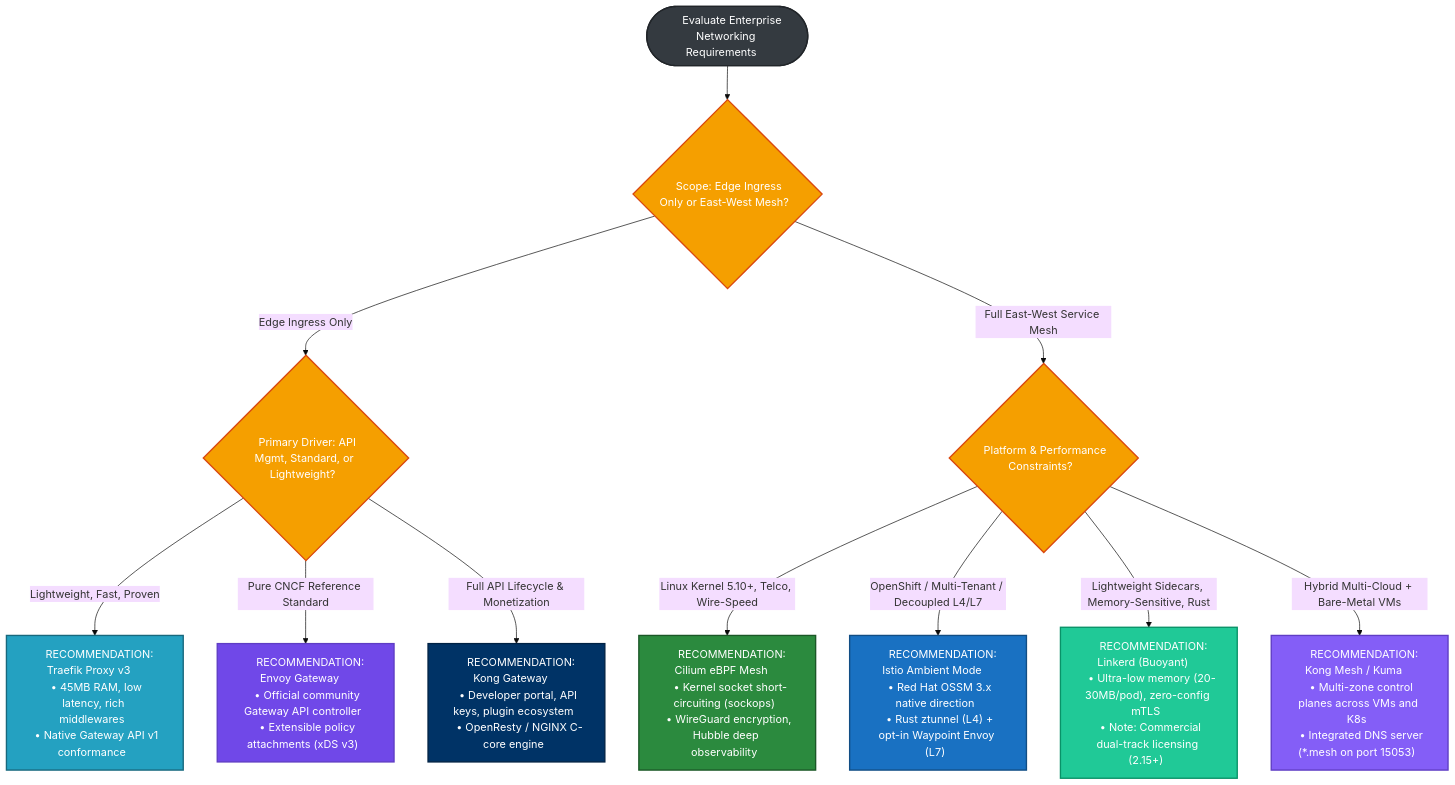
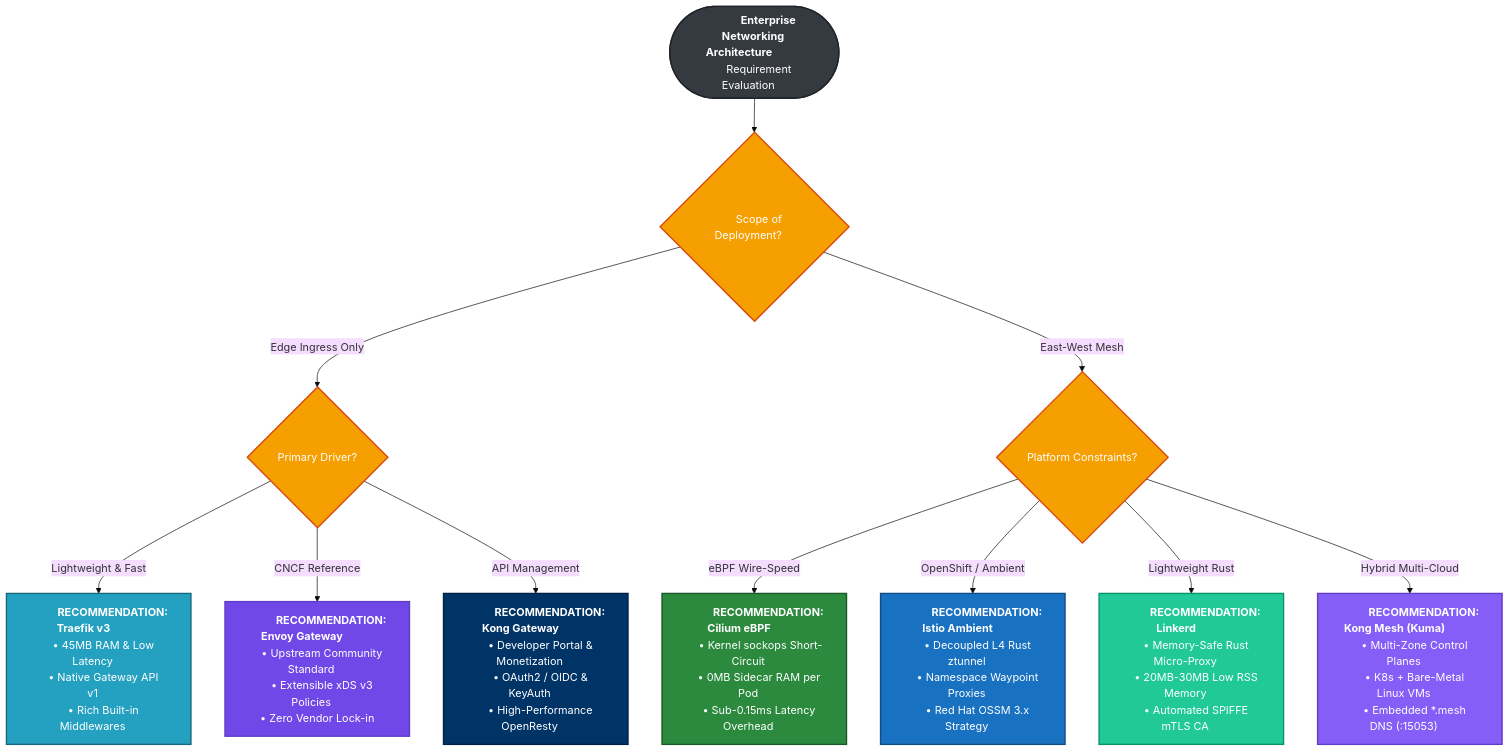
One commit to nubenetes/cloudnative-ingress-mesh-lab changed the eighth of 8 diagrams in README.md. Above: the diagram before and after it, drawn with Mermaid (base theme). The commit also changed other lines of this file, not shown here.

Commit message:
fix(readme): enlarge boxes and break text lines across diagrams to prevent text truncation

````diff
--- a/README.md
+++ b/README.md
@@ -616,35 +627,35 @@
 ```mermaid
 flowchart TD
-    Start(["&nbsp;&nbsp;&nbsp;&nbsp;Evaluate Enterprise Networking Requirements&nbsp;&nbsp;&nbsp;&nbsp;"]) --> Q1{"&nbsp;&nbsp;Scope: Edge Ingress Only or East-West Mesh?&nbsp;&nbsp;"}
+    Start(["&nbsp;&nbsp;&nbsp;&nbsp;&nbsp;&nbsp;&nbsp;&nbsp;&nbsp;&nbsp;<b>Enterprise Networking Architecture</b>&nbsp;&nbsp;&nbsp;&nbsp;&nbsp;&nbsp;&nbsp;&nbsp;&nbsp;&nbsp;<br/>&nbsp;&nbsp;&nbsp;&nbsp;Requirement Evaluation&nbsp;&nbsp;&nbsp;&nbsp;"]) --> Q1{"&nbsp;&nbsp;&nbsp;&nbsp;Scope of Deployment?&nbsp;&nbsp;&nbsp;&nbsp;"}
     
-    Q1 -->|"Edge Ingress Only"| QEdge{"&nbsp;&nbsp;Primary Driver: API Mgmt, Standard, or Lightweight?&nbsp;&nbsp;"}
-    QEdge -->|"Lightweight, Fast, Proven"| RecTraefik["&nbsp;&nbsp;&nbsp;&nbsp;RECOMMENDATION: Traefik Proxy v3&nbsp;&nbsp;&nbsp;&nbsp;<br/>&nbsp;&nbsp;• 45MB RAM, low latency, rich middlewares&nbsp;&nbsp;<br/>&nbsp;&nbsp;• Native Gateway API v1 conformance&nbsp;&nbsp;"]
-    QEdge -->|"Pure CNCF Reference Standard"| RecEG["&nbsp;&nbsp;&nbsp;&nbsp;RECOMMENDATION: Envoy Gateway&nbsp;&nbsp;&nbsp;&nbsp;<br/>&nbsp;&nbsp;• Official community Gateway API controller&nbsp;&nbsp;<br/>&nbsp;&nbsp;• Extensible policy attachments (xDS v3)&nbsp;&nbsp;"]
-    QEdge -->|"Full API Lifecycle & Monetization"| RecKong["&nbsp;&nbsp;&nbsp;&nbsp;RECOMMENDATION: Kong Gateway&nbsp;&nbsp;&nbsp;&nbsp;<br/>&nbsp;&nbsp;• Developer portal, API keys, plugin ecosystem&nbsp;&nbsp;<br/>&nbsp;&nbsp;• OpenResty / NGINX C-core engine&nbsp;&nbsp;"]
+    Q1 -->|"Edge Ingress Only"| QEdge{"&nbsp;&nbsp;&nbsp;&nbsp;Primary Driver?&nbsp;&nbsp;&nbsp;&nbsp;"}
+    QEdge -->|"Lightweight & Fast"| RecTraefik["&nbsp;&nbsp;&nbsp;&nbsp;&nbsp;&nbsp;&nbsp;&nbsp;&nbsp;&nbsp;<b>RECOMMENDATION: Traefik v3</b>&nbsp;&nbsp;&nbsp;&nbsp;&nbsp;&nbsp;&nbsp;&nbsp;&nbsp;&nbsp;<br/>&nbsp;&nbsp;&nbsp;&nbsp;• 45MB RAM & Low Latency&nbsp;&nbsp;&nbsp;&nbsp;<br/>&nbsp;&nbsp;&nbsp;&nbsp;• Native Gateway API v1&nbsp;&nbsp;&nbsp;&nbsp;<br/>&nbsp;&nbsp;&nbsp;&nbsp;• Rich Built-in Middlewares&nbsp;&nbsp;&nbsp;&nbsp;"]
+    QEdge -->|"CNCF Reference"| RecEG["&nbsp;&nbsp;&nbsp;&nbsp;&nbsp;&nbsp;&nbsp;&nbsp;&nbsp;&nbsp;<b>RECOMMENDATION: Envoy Gateway</b>&nbsp;&nbsp;&nbsp;&nbsp;&nbsp;&nbsp;&nbsp;&nbsp;&nbsp;&nbsp;<br/>&nbsp;&nbsp;&nbsp;&nbsp;• Upstream Community Standard&nbsp;&nbsp;&nbsp;&nbsp;<br/>&nbsp;&nbsp;&nbsp;&nbsp;• Extensible xDS v3 Policies&nbsp;&nbsp;&nbsp;&nbsp;<br/>&nbsp;&nbsp;&nbsp;&nbsp;• Zero Vendor Lock-in&nbsp;&nbsp;&nbsp;&nbsp;"]
+    QEdge -->|"API Management"| RecKong["&nbsp;&nbsp;&nbsp;&nbsp;&nbsp;&nbsp;&nbsp;&nbsp;&nbsp;&nbsp;<b>RECOMMENDATION: Kong Gateway</b>&nbsp;&nbsp;&nbsp;&nbsp;&nbsp;&nbsp;&nbsp;&nbsp;&nbsp;&nbsp;<br/>&nbsp;&nbsp;&nbsp;&nbsp;• Developer Portal & Monetization&nbsp;&nbsp;&nbsp;&nbsp;<br/>&nbsp;&nbsp;&nbsp;&nbsp;• OAuth2 / OIDC & KeyAuth&nbsp;&nbsp;&nbsp;&nbsp;<br/>&nbsp;&nbsp;&nbsp;&nbsp;• High-Performance OpenResty&nbsp;&nbsp;&nbsp;&nbsp;"]
     
-    Q1 -->|"Full East-West Service Mesh"| QMesh{"&nbsp;&nbsp;Platform & Performance Constraints?&nbsp;&nbsp;"}
-    QMesh -->|"Linux Kernel 5.10+, Telco, Wire-Speed"| RecCilium["&nbsp;&nbsp;&nbsp;&nbsp;RECOMMENDATION: Cilium eBPF Mesh&nbsp;&nbsp;&nbsp;&nbsp;<br/>&nbsp;&nbsp;• Kernel socket short-circuiting (sockops)&nbsp;&nbsp;<br/>&nbsp;&nbsp;• WireGuard encryption, Hubble deep observability&nbsp;&nbsp;"]
-    QMesh -->|"OpenShift / Multi-Tenant / Decoupled L4/L7"| RecIstio["&nbsp;&nbsp;&nbsp;&nbsp;RECOMMENDATION: Istio Ambient Mode&nbsp;&nbsp;&nbsp;&nbsp;<br/>&nbsp;&nbsp;• Red Hat OSSM 3.x native direction&nbsp;&nbsp;<br/>&nbsp;&nbsp;• Rust ztunnel (L4) + opt-in Waypoint Envoy (L7)&nbsp;&nbsp;"]
-    QMesh -->|"Lightweight Sidecars, Memory-Sensitive, Rust"| RecLinkerd["&nbsp;&nbsp;&nbsp;&nbsp;RECOMMENDATION: Linkerd (Buoyant)&nbsp;&nbsp;&nbsp;&nbsp;<br/>&nbsp;&nbsp;• Ultra-low memory (20-30MB/pod), zero-config mTLS&nbsp;&nbsp;<br/>&nbsp;&nbsp;• Note: Commercial dual-track licensing (2.15+)&nbsp;&nbsp;"]
-    QMesh -->|"Hybrid Multi-Cloud + Bare-Metal VMs"| RecKuma["&nbsp;&nbsp;&nbsp;&nbsp;RECOMMENDATION: Kong Mesh / Kuma&nbsp;&nbsp;&nbsp;&nbsp;<br/>&nbsp;&nbsp;• Multi-zone control planes across VMs and K8s&nbsp;&nbsp;<br/>&nbsp;&nbsp;• Integrated DNS server (*.mesh on port 15053)&nbsp;&nbsp;"]
+    Q1 -->|"East-West Mesh"| QMesh{"&nbsp;&nbsp;&nbsp;&nbsp;Platform Constraints?&nbsp;&nbsp;&nbsp;&nbsp;"}
+    QMesh -->|"eBPF Wire-Speed"| RecCilium["&nbsp;&nbsp;&nbsp;&nbsp;&nbsp;&nbsp;&nbsp;&nbsp;&nbsp;&nbsp;<b>RECOMMENDATION: Cilium eBPF</b>&nbsp;&nbsp;&nbsp;&nbsp;&nbsp;&nbsp;&nbsp;&nbsp;&nbsp;&nbsp;<br/>&nbsp;&nbsp;&nbsp;&nbsp;• Kernel sockops Short-Circuit&nbsp;&nbsp;&nbsp;&nbsp;<br/>&nbsp;&nbsp;&nbsp;&nbsp;• 0MB Sidecar RAM per Pod&nbsp;&nbsp;&nbsp;&nbsp;<br/>&nbsp;&nbsp;&nbsp;&nbsp;• Sub-0.15ms Latency Overhead&nbsp;&nbsp;&nbsp;&nbsp;"]
+    QMesh -->|"OpenShift / Ambient"| RecIstio["&nbsp;&nbsp;&nbsp;&nbsp;&nbsp;&nbsp;&nbsp;&nbsp;&nbsp;&nbsp;<b>RECOMMENDATION: Istio Ambient</b>&nbsp;&nbsp;&nbsp;&nbsp;&nbsp;&nbsp;&nbsp;&nbsp;&nbsp;&nbsp;<br/>&nbsp;&nbsp;&nbsp;&nbsp;• Decoupled L4 Rust ztunnel&nbsp;&nbsp;&nbsp;&nbsp;<br/>&nbsp;&nbsp;&nbsp;&nbsp;• Namespace Waypoint Proxies&nbsp;&nbsp;&nbsp;&nbsp;<br/>&nbsp;&nbsp;&nbsp;&nbsp;• Red Hat OSSM 3.x Strategy&nbsp;&nbsp;&nbsp;&nbsp;"]
+    QMesh -->|"Lightweight Rust"| RecLinkerd["&nbsp;&nbsp;&nbsp;&nbsp;&nbsp;&nbsp;&nbsp;&nbsp;&nbsp;&nbsp;<b>RECOMMENDATION: Linkerd</b>&nbsp;&nbsp;&nbsp;&nbsp;&nbsp;&nbsp;&nbsp;&nbsp;&nbsp;&nbsp;<br/>&nbsp;&nbsp;&nbsp;&nbsp;• Memory-Safe Rust Micro-Proxy&nbsp;&nbsp;&nbsp;&nbsp;<br/>&nbsp;&nbsp;&nbsp;&nbsp;• 20MB-30MB Low RSS Memory&nbsp;&nbsp;&nbsp;&nbsp;<br/>&nbsp;&nbsp;&nbsp;&nbsp;• Automated SPIFFE mTLS CA&nbsp;&nbsp;&nbsp;&nbsp;"]
+    QMesh -->|"Hybrid Multi-Cloud"| RecKuma["&nbsp;&nbsp;&nbsp;&nbsp;&nbsp;&nbsp;&nbsp;&nbsp;&nbsp;&nbsp;<b>RECOMMENDATION: Kong Mesh (Kuma)</b>&nbsp;&nbsp;&nbsp;&nbsp;&nbsp;&nbsp;&nbsp;&nbsp;&nbsp;&nbsp;<br/>&nbsp;&nbsp;&nbsp;&nbsp;• Multi-Zone Control Planes&nbsp;&nbsp;&nbsp;&nbsp;<br/>&nbsp;&nbsp;&nbsp;&nbsp;• K8s + Bare-Metal Linux VMs&nbsp;&nbsp;&nbsp;&nbsp;<br/>&nbsp;&nbsp;&nbsp;&nbsp;• Embedded *.mesh DNS (:15053)&nbsp;&nbsp;&nbsp;&nbsp;"]
 
     classDef start fill:#343a40,stroke:#212529,stroke-width:2px,color:#fff;
     classDef question fill:#f59f00,stroke:#d9480f,stroke-width:2px,color:#fff;
     classDef recTraefik fill:#24A1C1,stroke:#18687d,stroke-width:2px,color:#fff;
     classDef recEG fill:#7048e8,stroke:#5f3dc4,stroke-width:2px,color:#fff;
     classDef recKong fill:#003366,stroke:#002244,stroke-width:2px,color:#fff;
     classDef recCilium fill:#2b8a3e,stroke:#1b5727,stroke-width:2px,color:#fff;
     classDef recIstio fill:#1971c2,stroke:#114d84,stroke-width:2px,color:#fff;
     classDef recLinkerd fill:#20c997,stroke:#099268,stroke-width:2px,color:#fff;
     classDef recKuma fill:#845ef7,stroke:#5f3dc4,stroke-width:2px,color:#fff;
 
     class Start start;
     class Q1,QEdge,QMesh question;
     class RecTraefik recTraefik;
     class RecEG recEG;
     class RecKong recKong;
     class RecCilium recCilium;
     class RecIstio recIstio;
     class RecLinkerd recLinkerd;
     class RecKuma recKuma;
 ```
````
